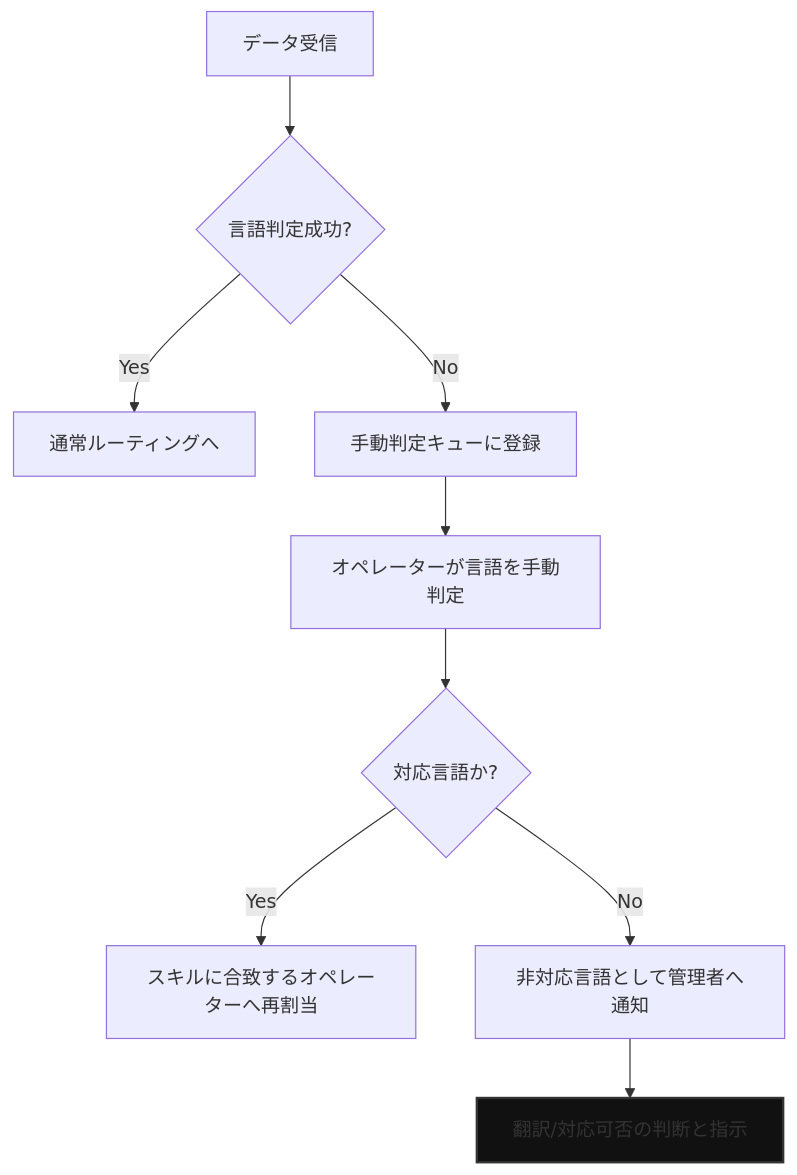
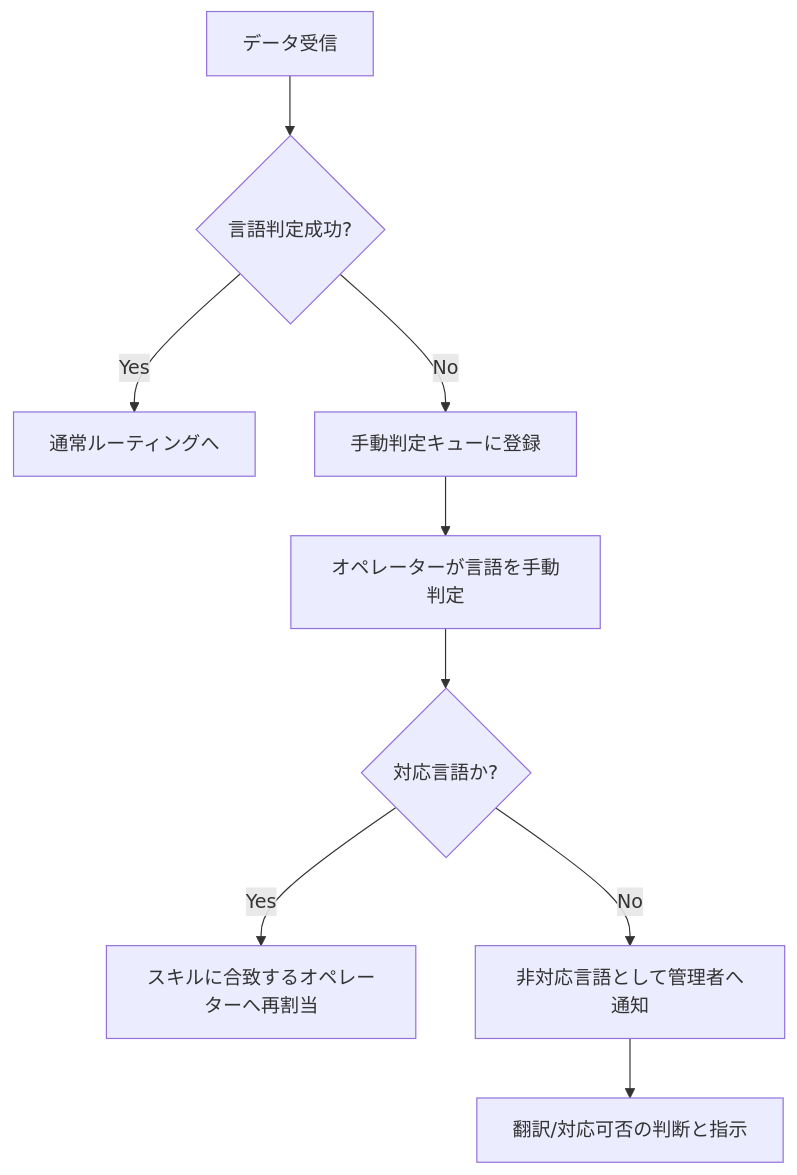
Before and after one commit to AbroadUmedaShota/SPPED-AD-TEST: the third of 3 diagrams in docs/product/requirements/multilingual_requirements.md, drawn with Mermaid. The commit also changed 1 other file, not shown here.

Commit message:
レイアウト修正。

````diff
--- a/docs/product/requirements/multilingual_requirements.md
+++ b/docs/product/requirements/multilingual_requirements.md
@@ -63,12 +63,11 @@
 ```mermaid
 graph TD
     A[データ受信] --> B{言語判定成功?};
     B -- Yes --> C[通常ルーティングへ];
     B -- No --> D[手動判定キューに登録];
     D --> E[オペレーターが言語を手動判定];
     E --> F{対応言語か?};
     F -- Yes --> G[スキルに合致するオペレーターへ再割当];
     F -- No --> H[非対応言語として管理者へ通知];
     H --> I[翻訳/対応可否の判断と指示];
-    style I fill:#111,stroke:#333,stroke-width:2px
 ```
````
